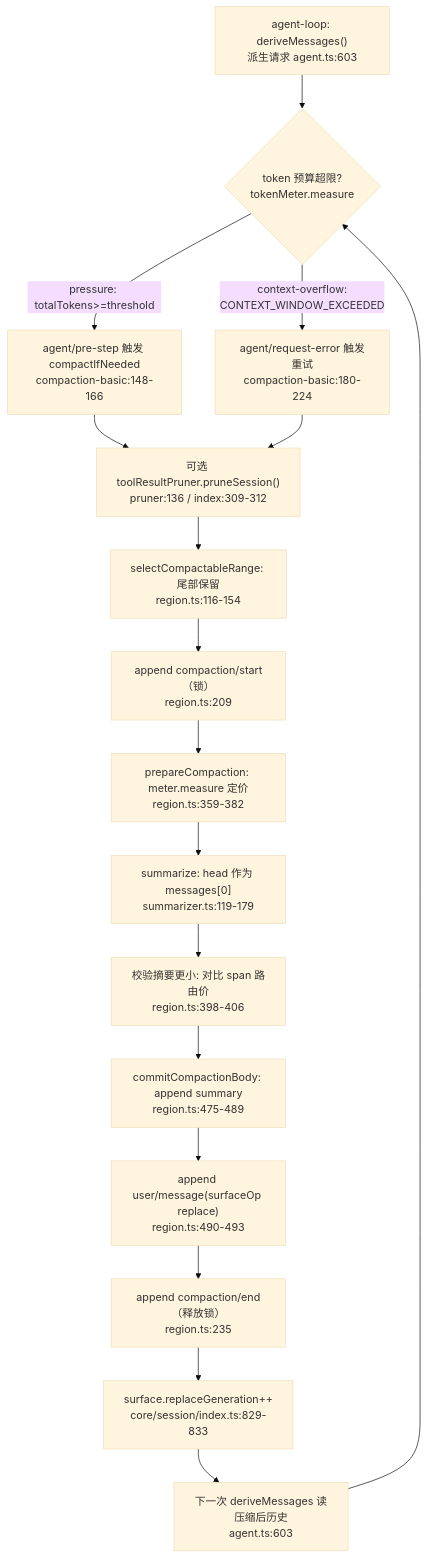
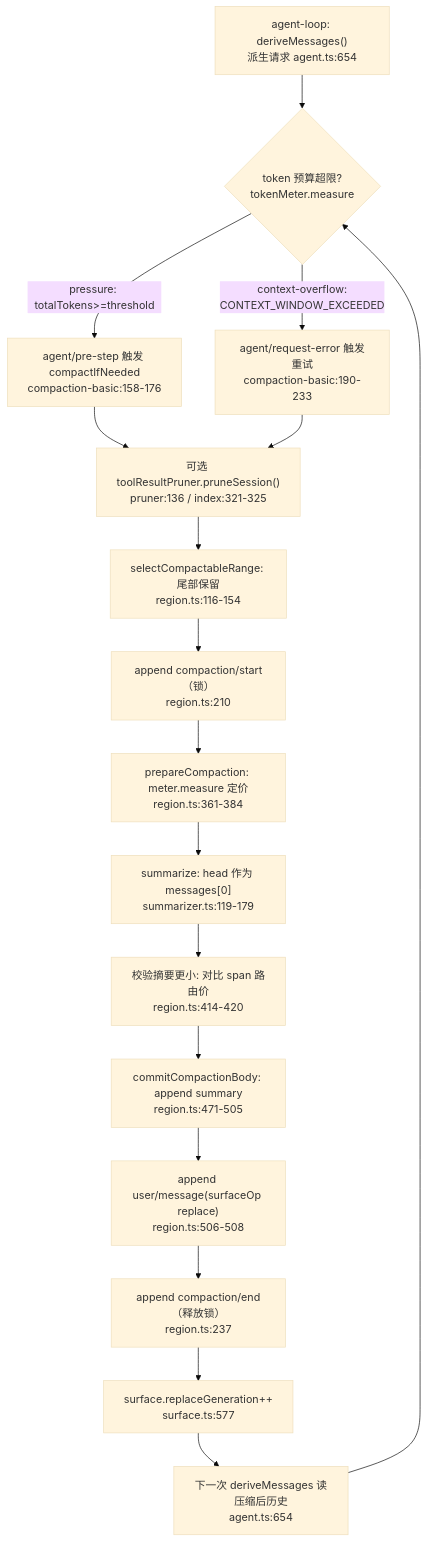
One commit to morehao/oss-insights changed the first of 2 diagrams in ai-agent/deepseek-harness/memory-compaction.md. Above: the diagram before and after it, drawn with Mermaid (base theme). The commit also changed other lines of this file and 28 other files, not shown here.

````diff
--- a/ai-agent/deepseek-harness/memory-compaction.md
+++ b/ai-agent/deepseek-harness/memory-compaction.md
@@ -176,19 +178,19 @@
 ```mermaid
 flowchart TB
-  A["agent-loop: deriveMessages()<br>派生请求 agent.ts:603"] --> B{"token 预算超限?<br>tokenMeter.measure"}
-  B -- "pressure: totalTokens>=threshold" --> C["agent/pre-step 触发 compactIfNeeded<br>compaction-basic:148-166"]
-  B -- "context-overflow:<br>CONTEXT_WINDOW_EXCEEDED" --> C2["agent/request-error 触发重试<br>compaction-basic:180-224"]
-  C --> D["可选 toolResultPruner.pruneSession()<br>pruner:136 / index:309-312"]
+  A["agent-loop: deriveMessages()<br>派生请求 agent.ts:654"] --> B{"token 预算超限?<br>tokenMeter.measure"}
+  B -- "pressure: totalTokens>=threshold" --> C["agent/pre-step 触发 compactIfNeeded<br>compaction-basic:158-176"]
+  B -- "context-overflow:<br>CONTEXT_WINDOW_EXCEEDED" --> C2["agent/request-error 触发重试<br>compaction-basic:190-233"]
+  C --> D["可选 toolResultPruner.pruneSession()<br>pruner:136 / index:321-325"]
   C2 --> D
   D --> E["selectCompactableRange: 尾部保留<br>region.ts:116-154"]
-  E --> F["append compaction/start（锁）<br>region.ts:209"]
-  F --> G["prepareCompaction: meter.measure 定价<br>region.ts:359-382"]
+  E --> F["append compaction/start（锁）<br>region.ts:210"]
+  F --> G["prepareCompaction: meter.measure 定价<br>region.ts:361-384"]
   G --> H["summarize: head 作为 messages[0]<br>summarizer.ts:119-179"]
-  H --> I["校验摘要更小: 对比 span 路由价<br>region.ts:398-406"]
-  I --> J["commitCompactionBody: append summary<br>region.ts:475-489"]
-  J --> K["append user/message(surfaceOp replace)<br>region.ts:490-493"]
-  K --> L["append compaction/end（释放锁）<br>region.ts:235"]
-  L --> M["surface.replaceGeneration++<br>core/session/index.ts:829-833"]
-  M --> N["下一次 deriveMessages 读压缩后历史<br>agent.ts:603"]
+  H --> I["校验摘要更小: 对比 span 路由价<br>region.ts:414-420"]
+  I --> J["commitCompactionBody: append summary<br>region.ts:471-505"]
+  J --> K["append user/message(surfaceOp replace)<br>region.ts:506-508"]
+  K --> L["append compaction/end（释放锁）<br>region.ts:237"]
+  L --> M["surface.replaceGeneration++<br>surface.ts:577"]
+  M --> N["下一次 deriveMessages 读压缩后历史<br>agent.ts:654"]
   N --> B
 ```
````
